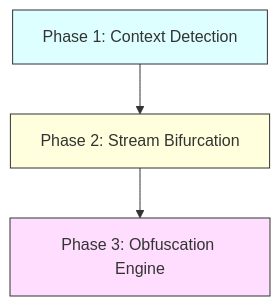
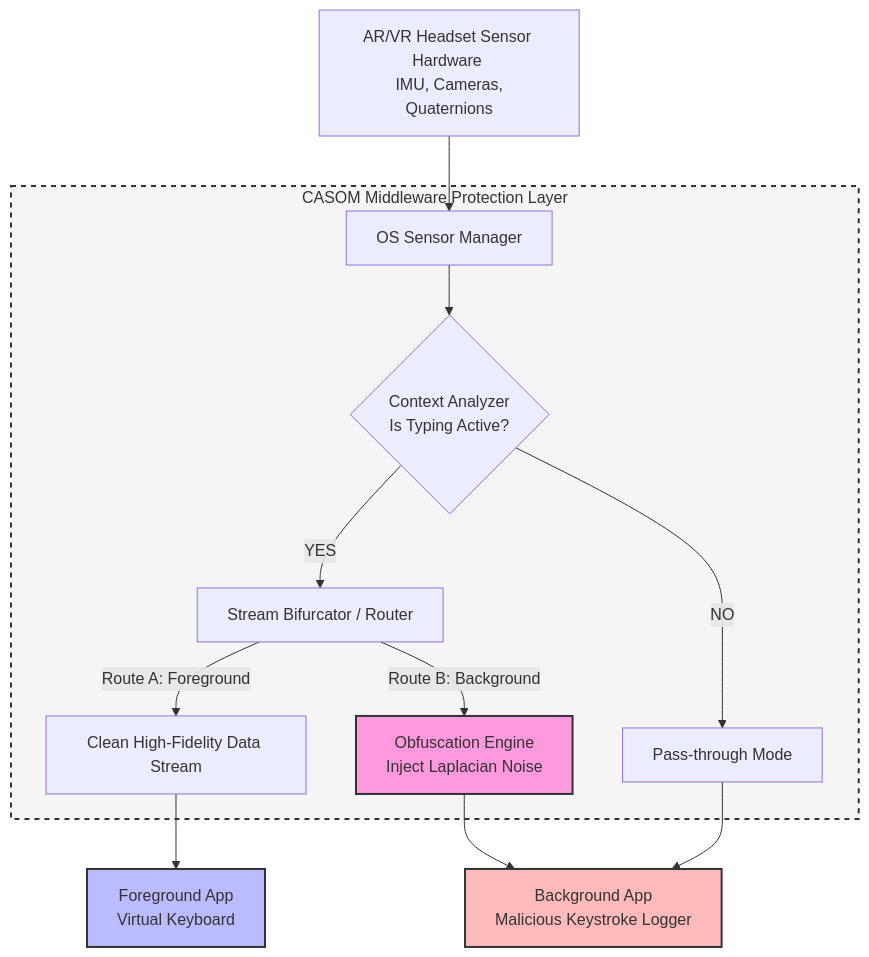
Before and after one commit to AzDevops143/CSIEEE: the first of 2 diagrams in howprotecting.md, drawn with Mermaid. The commit also changed other lines of this file, not shown here.

Commit message:
Update howprotecting.md with detailed Mermaid architecture routing diagram

````diff
--- a/howprotecting.md
+++ b/howprotecting.md
@@ -11,9 +11,22 @@
 ```mermaid
 flowchart TD
-    A[Phase 1: Context Detection] --> B[Phase 2: Stream Bifurcation]
-    B --> C[Phase 3: Obfuscation Engine]
+    A[AR/VR Headset Sensor Hardware <br> IMU, Cameras, Quaternions] --> B[OS Sensor Manager]
     
-    style A fill:#dff,stroke:#333
-    style B fill:#ffd,stroke:#333
-    style C fill:#fdf,stroke:#333
+    subgraph CASOM [CASOM Middleware Protection Layer]
+        B --> C{Context Analyzer <br> Is Typing Active?}
+        C -- YES --> D[Stream Bifurcator / Router]
+        C -- NO --> E[Pass-through Mode]
+        
+        D -->|Route A: Foreground| F[Clean High-Fidelity Data Stream]
+        D -->|Route B: Background| G[Obfuscation Engine <br> Inject Laplacian Noise]
+    end
+    
+    F --> H[Foreground App <br> Virtual Keyboard]
+    G --> I[Background App <br> Malicious Keystroke Logger]
+    E --> I
+    
+    style CASOM fill:#f5f5f5,stroke:#333,stroke-width:2px,stroke-dasharray: 5 5
+    style G fill:#f9d,stroke:#333,stroke-width:2px
+    style H fill:#bbf,stroke:#333,stroke-width:2px
+    style I fill:#fbb,stroke:#333,stroke-width:2px
 ```
````
